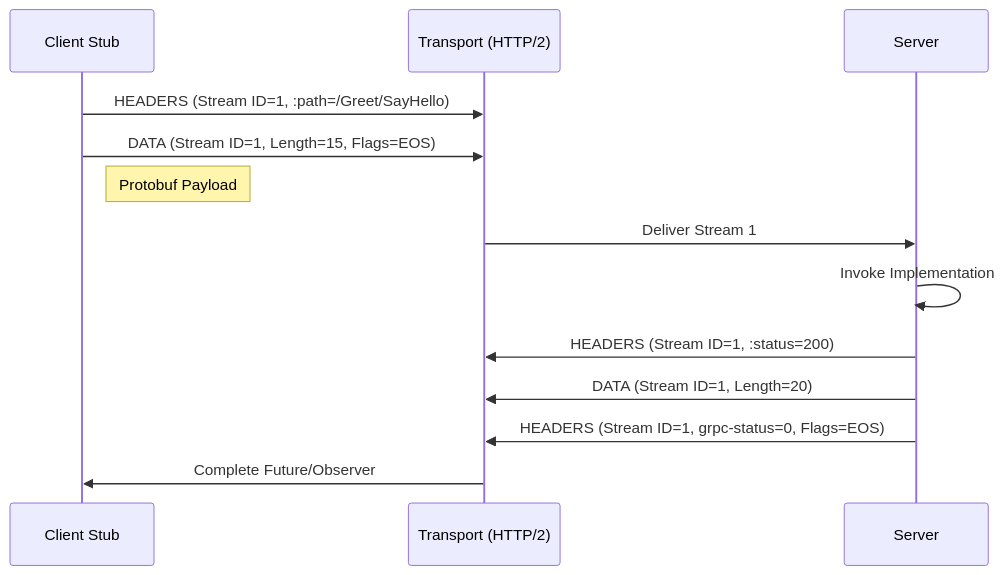
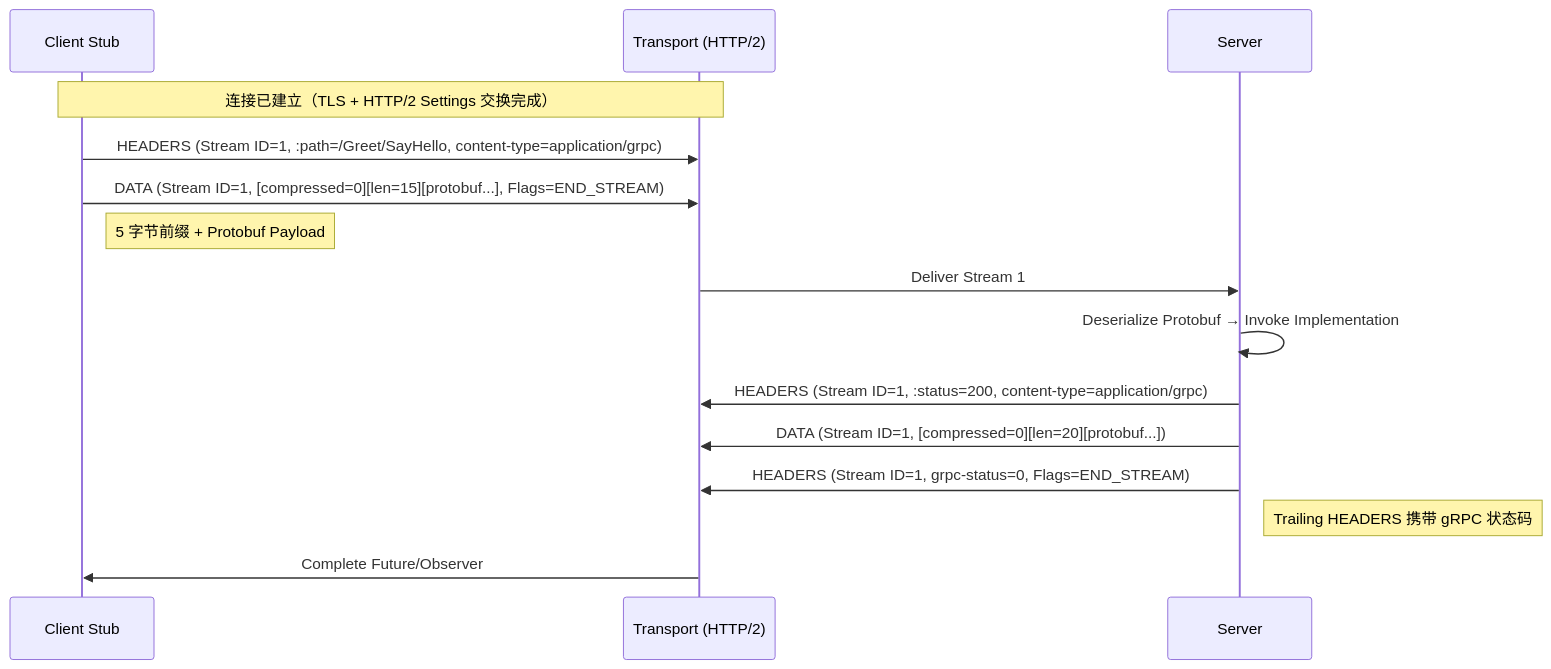
Before and after one commit to RainLib/blog: the sixth of 6 diagrams in blog/2026-02-09-grpc-protocol.mdx, drawn with Mermaid. The commit also changed other lines of this file and 6 other files, not shown here.

````diff
--- a/blog/2026-02-09-grpc-protocol.mdx
+++ b/blog/2026-02-09-grpc-protocol.mdx
@@ -152,19 +323,22 @@
 ```mermaid
 sequenceDiagram
     participant C as Client Stub
     participant T as Transport (HTTP/2)
     participant S as Server
 
-    C->>T: HEADERS (Stream ID=1, :path=/Greet/SayHello)
-    C->>T: DATA (Stream ID=1, Length=15, Flags=EOS)
-    Note right of C: Protobuf Payload
+    Note over C,T: 连接已建立（TLS + HTTP/2 Settings 交换完成）
+
+    C->>T: HEADERS (Stream ID=1, :path=/Greet/SayHello, content-type=application/grpc)
+    C->>T: DATA (Stream ID=1, [compressed=0][len=15][protobuf...], Flags=END_STREAM)
+    Note right of C: 5 字节前缀 + Protobuf Payload
 
     T->>S: Deliver Stream 1
-    S->>S: Invoke Implementation
+    S->>S: Deserialize Protobuf → Invoke Implementation
 
-    S->>T: HEADERS (Stream ID=1, :status=200)
-    S->>T: DATA (Stream ID=1, Length=20)
-    S->>T: HEADERS (Stream ID=1, grpc-status=0, Flags=EOS)
+    S->>T: HEADERS (Stream ID=1, :status=200, content-type=application/grpc)
+    S->>T: DATA (Stream ID=1, [compressed=0][len=20][protobuf...])
+    S->>T: HEADERS (Stream ID=1, grpc-status=0, Flags=END_STREAM)
+    Note right of S: Trailing HEADERS 携带 gRPC 状态码
 
     T->>C: Complete Future/Observer
 ```
````
